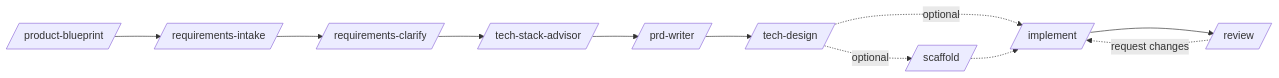
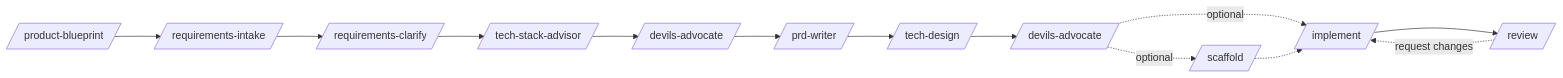
One commit to kulkarni2u/agentic-skills changed the diagram in README.md. Above: the diagram before and after it, drawn with Mermaid. The commit also changed other lines of this file and 2 other files, not shown here.

Commit message:
product-blueprint: stress-test the stack and design with devils-advocate
Runs devils-advocate after Phase 3 and Phase 5, edits the artifact in place
with its mitigations, and won't continue while the gate says Not hardened.
Each run writes its own report so they don't overwrite each other.

Claude-Session: https://claude.ai/code/session_01NxPoZQEfDzGX5tNWTGEt86

````diff
--- a/README.md
+++ b/README.md
@@ -23,13 +23,15 @@
 ```mermaid
 graph LR
     A[/product-blueprint/] --> B[/requirements-intake/]
     B --> C[/requirements-clarify/]
     C --> D[/tech-stack-advisor/]
-    D --> E[/prd-writer/]
+    D --> DA1[/devils-advocate/]
+    DA1 --> E[/prd-writer/]
     E --> F[/tech-design/]
-    F -. optional .-> G[/scaffold/]
-    F -. optional .-> H[/implement/]
+    F --> DA2[/devils-advocate/]
+    DA2 -. optional .-> G[/scaffold/]
+    DA2 -. optional .-> H[/implement/]
     G -.-> H
     H --> I[/review/]
     I -. request changes .-> H
 ```
````
